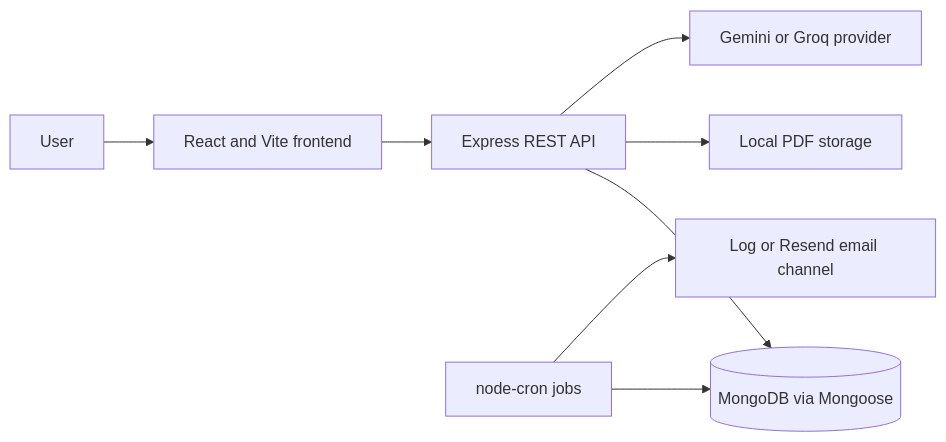
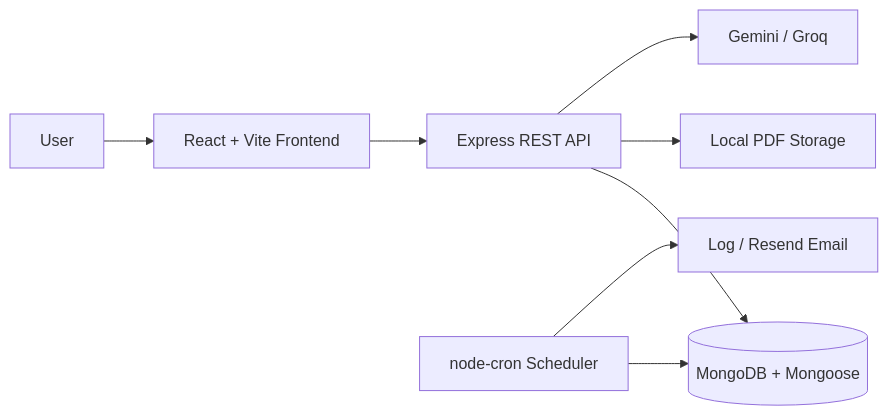
One commit to mirzaruntime/ClauseGuard changed the diagram in README.md. Above: the diagram before and after it, drawn with Mermaid. The commit also changed other lines of this file, not shown here.

````diff
--- a/README.md
+++ b/README.md
@@ -22,10 +45,10 @@
 ```mermaid
 flowchart LR
-  User[User] --> UI[React and Vite frontend]
-  UI --> API[Express REST API]
-  API --> DB[(MongoDB via Mongoose)]
-  API --> Files[Local PDF storage]
-  API --> AI[Gemini or Groq provider]
-  Scheduler[node-cron jobs] --> DB
-  Scheduler --> Notify[Log or Resend email channel]
+    User[User] --> UI[React + Vite Frontend]
+    UI --> API[Express REST API]
+    API --> DB[(MongoDB + Mongoose)]
+    API --> Files[Local PDF Storage]
+    API --> AI[Gemini / Groq]
+    Scheduler[node-cron Scheduler] --> DB
+    Scheduler --> Notify[Log / Resend Email]
 ```
````
